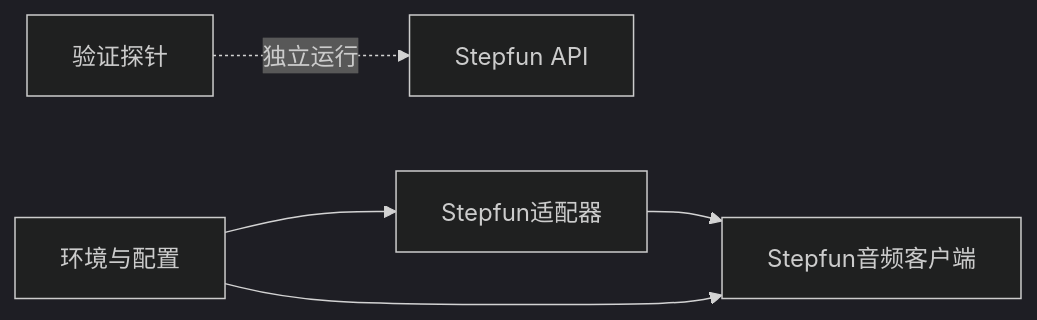
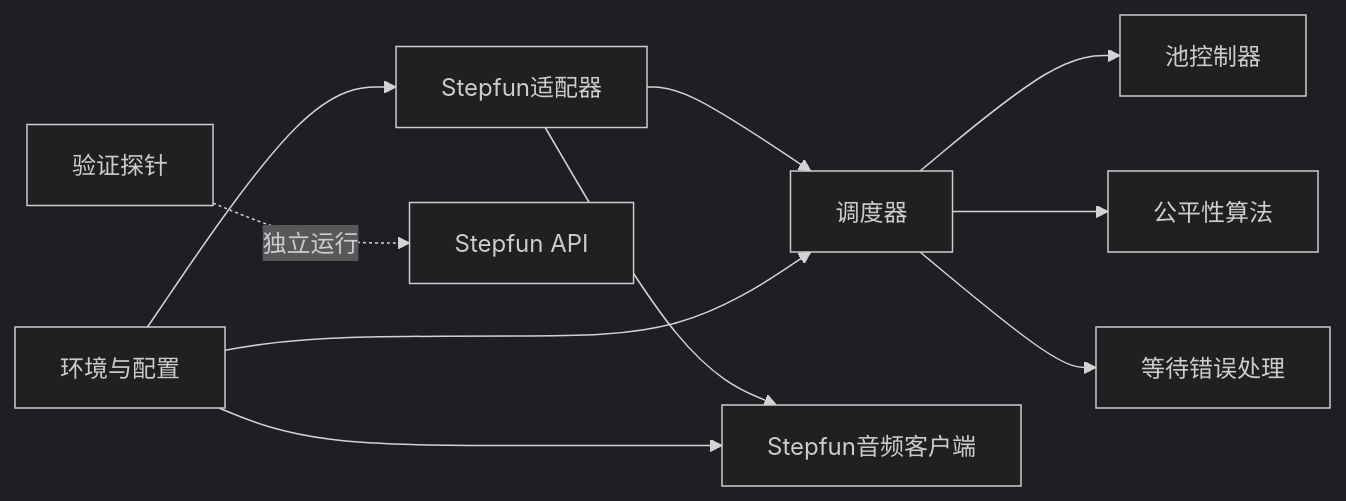
The third of 3 diagrams in .qoder/repowiki/zh/content/AI系统集成/Stepfun适配器.md (scottcwy/PurpleInk), drawn with Mermaid (dark theme) before and after one commit. The commit also changed other lines of this file and 23 other files, not shown here.

````diff
--- a/.qoder/repowiki/zh/content/AI系统集成/Stepfun适配器.md
+++ b/.qoder/repowiki/zh/content/AI系统集成/Stepfun适配器.md
@@ -147,7 +276,12 @@
 ```mermaid
 graph LR
-Adapter["Stepfun适配器"] --> AudioClient["Stepfun音频客户端"]
+Adapter["Stepfun适配器"] --> Dispatcher["调度器"]
+Adapter --> AudioClient["Stepfun音频客户端"]
+Dispatcher --> PoolControl["池控制器"]
+Dispatcher --> Fairness["公平性算法"]
+Dispatcher --> WaitError["等待错误处理"]
 Probe["验证探针"] -.->|独立运行| API["Stepfun API"]
 Config["环境与配置"] --> Adapter
 Config --> AudioClient
+Config --> Dispatcher
 ```
````
